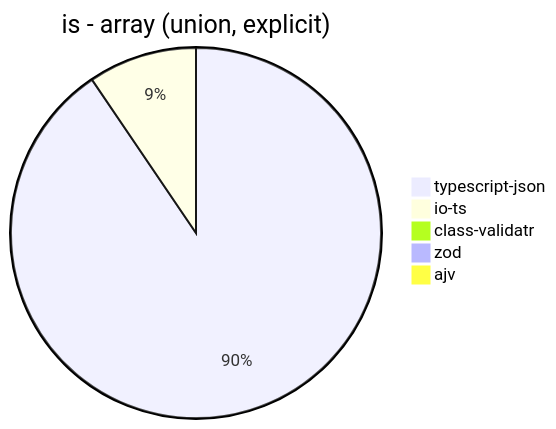
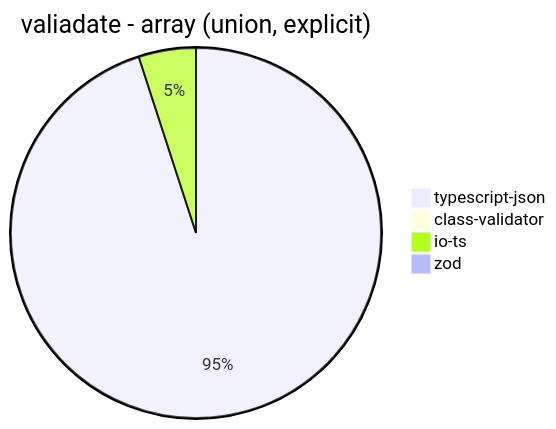
Diagram 14 of 32 in benchmark/results/AMD Ryzen 7 5800H with Radeon Graphics.md (samchon/typia), drawn with Mermaid before and after one commit. The commit also changed other lines of this file and 14 other files, not shown here.

Commit message:
Close #243 and Fix #244 - enhance json schema

````diff
--- a/benchmark/results/AMD Ryzen 7 5800H with Radeon Graphics.md
+++ b/benchmark/results/AMD Ryzen 7 5800H with Radeon Graphics.md
@@ -163,8 +163,7 @@
 ```mermaid
-pie title is - array (union, explicit)
-  "typescript-json": 3689.475641502417
-  "io-ts": 386.7120954003407
-  "class-validatr": 0
-  "zod": 2.830722777882619
-  "ajv": 0
+pie title valiadate - array (union, explicit)
+  "typescript-json": 1590.6744972415022
+  "class-validator": 0
+  "io-ts": 83.77344745947916
+  "zod": 2.638522427440633
 ```
````
